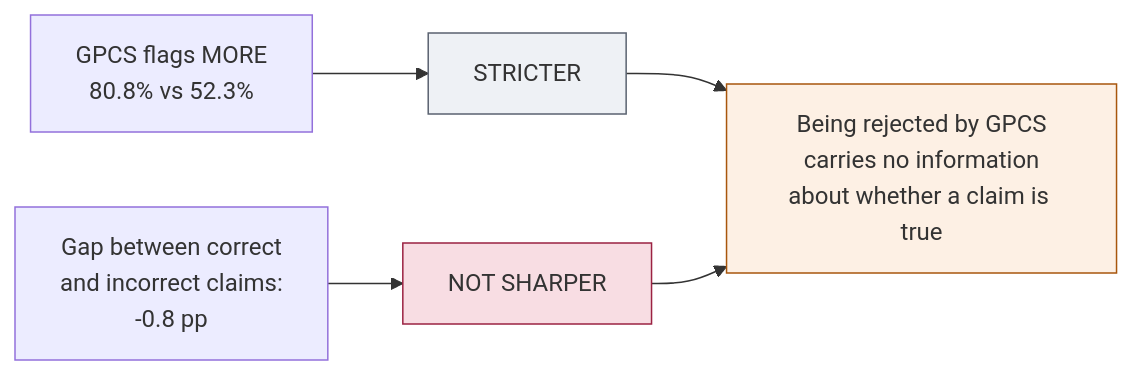
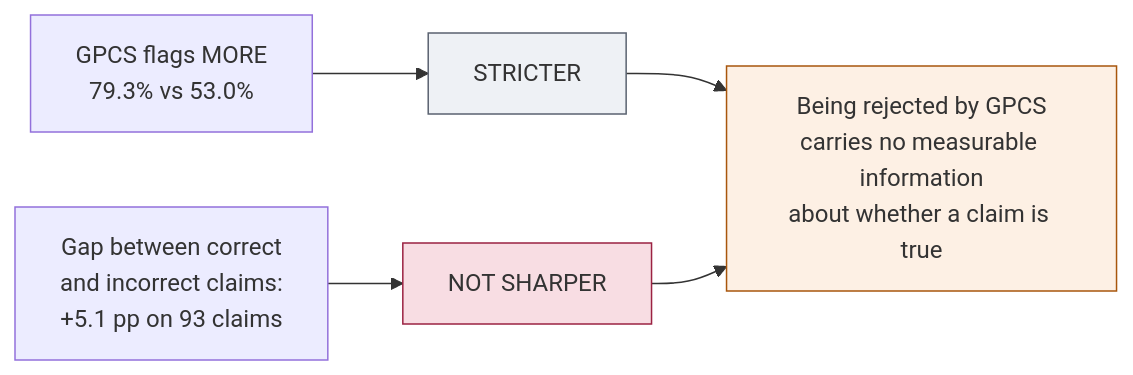
The sixth of 6 diagrams in docs/VERIFICATION_FLOW.md (shivamshashank/CloudGraph), drawn with Mermaid before and after one commit. The commit also changed other lines of this file and 77 other files, not shown here.

````diff
--- a/docs/VERIFICATION_FLOW.md
+++ b/docs/VERIFICATION_FLOW.md
@@ -249,11 +261,11 @@
 ```mermaid
 flowchart LR
-    A["GPCS flags MORE<br/>80.8% vs 52.3%"] --> B["STRICTER"]
-    C["Gap between correct<br/>and incorrect claims:<br/>-0.8 pp"] --> D["NOT SHARPER"]
-    B --> E["Being rejected by GPCS<br/>carries no information<br/>about whether a claim is true"]
+    A["GPCS flags MORE<br/>79.3% vs 53.0%"] --> B["STRICTER"]
+    C["Gap between correct<br/>and incorrect claims:<br/>+5.1 pp on 93 claims"] --> D["NOT SHARPER"]
+    B --> E["Being rejected by GPCS<br/>carries no measurable information<br/>about whether a claim is true"]
     D --> E
 
     style B fill:#eef1f5,stroke:#5a6270
     style D fill:#f8dde3,stroke:#9b2242
     style E fill:#fdf0e4,stroke:#a8560c
 ```
````
